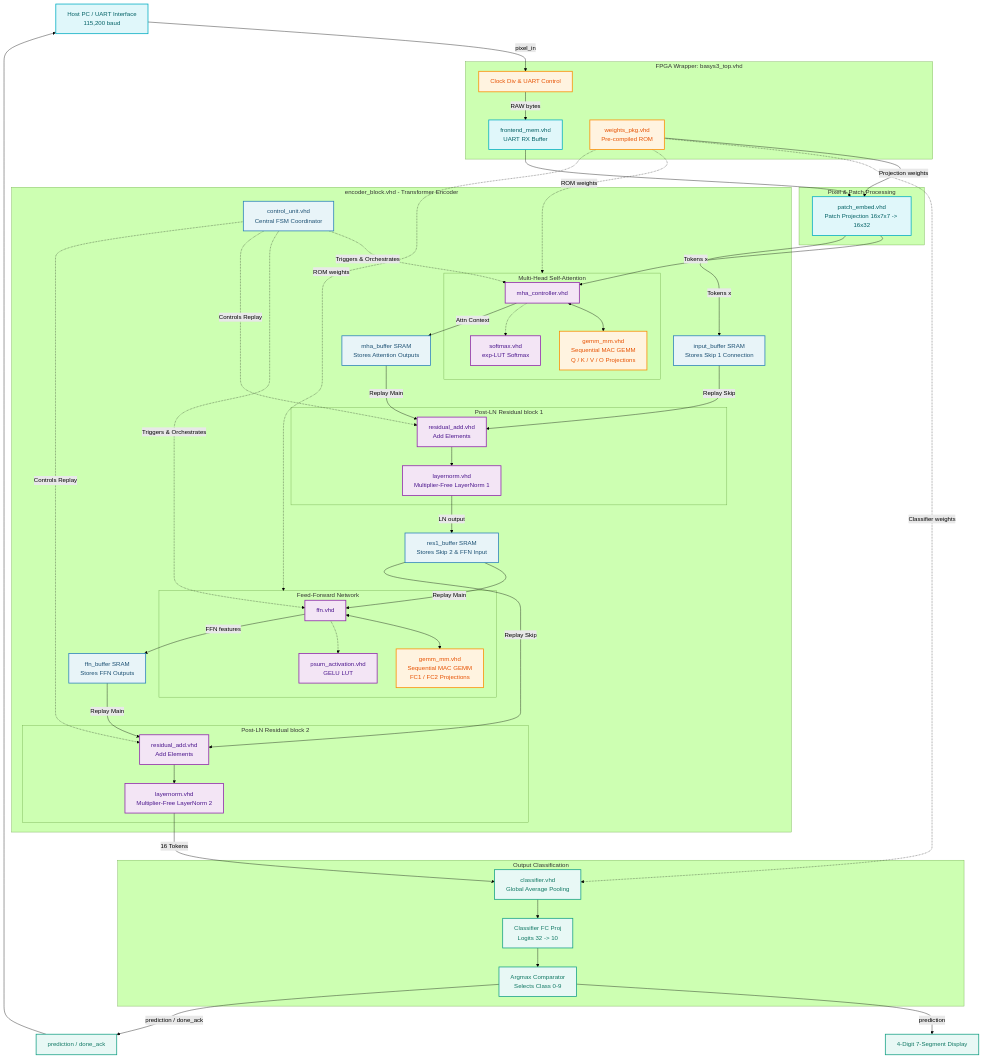
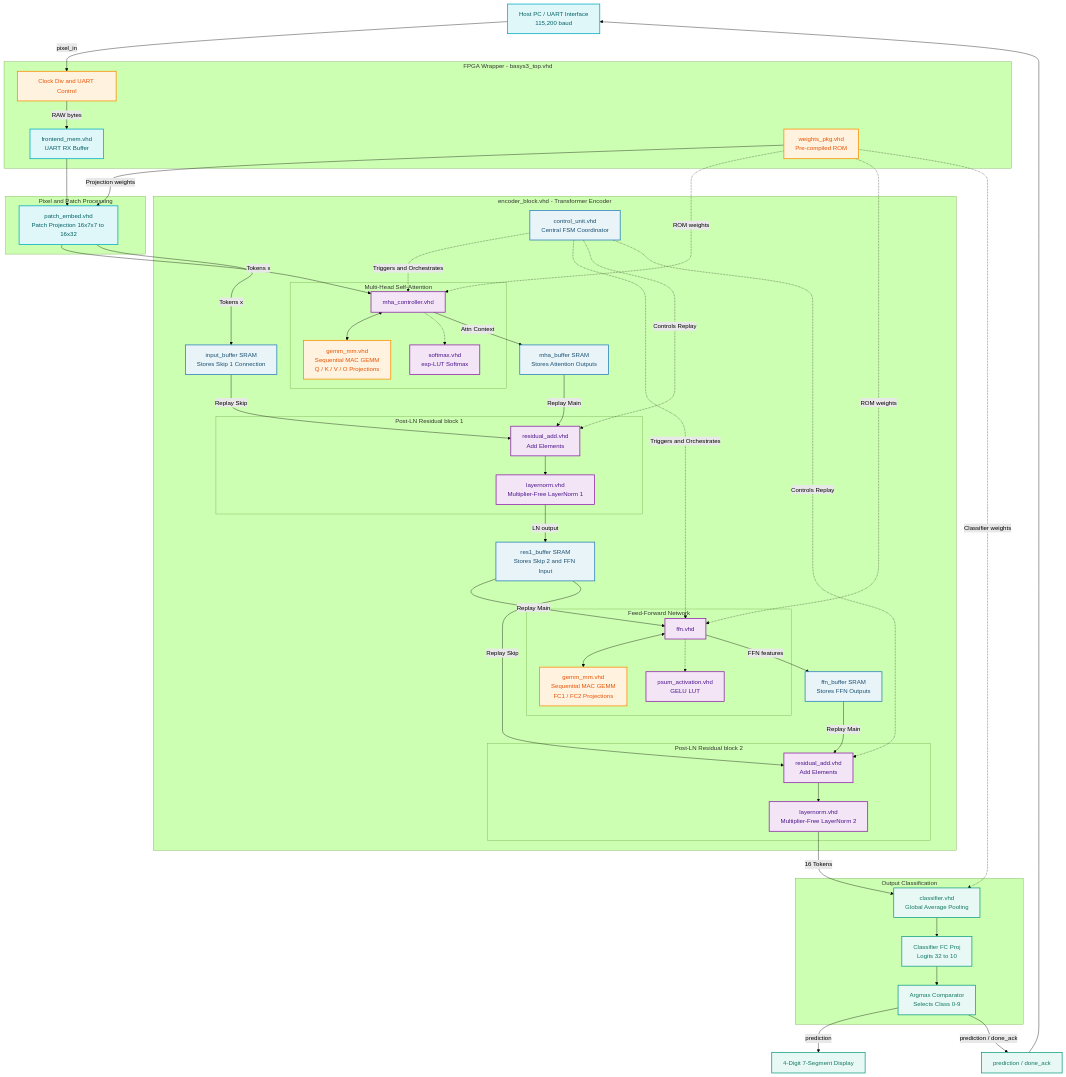
One commit to agentzz1/transformer_poc changed the diagram in README.md. Above: the diagram before and after it, drawn with Mermaid (forest theme).

Commit message:
fix: harden Mermaid diagram for reliable GitHub rendering
Remove constructs that GitHubs Mermaid renderer (especially the click-to-zoom re-render) handles unreliably: ampersands in node/edge labels, a colon in a subgraph title, -> inside labels, and edges pointing at subgraph IDs (now point at nodes). Same diagram, more robust source.

````diff
--- a/README.md
+++ b/README.md
@@ -166,14 +166,14 @@
     Display[4-Digit 7-Segment Display]:::green
     Ack[prediction / done_ack]:::green
 
-    subgraph TopLevel [FPGA Wrapper: basys3_top.vhd]
-        Top[Clock Div & UART Control]:::orange
+    subgraph TopLevel [FPGA Wrapper - basys3_top.vhd]
+        Top[Clock Div and UART Control]:::orange
         FrontMem[frontend_mem.vhd<br>UART RX Buffer]:::cyan
         WeightsROM[weights_pkg.vhd<br>Pre-compiled ROM]:::orange
     end
 
-    subgraph Frontend [Pixel & Patch Processing]
-        Embed[patch_embed.vhd<br>Patch Projection 16x7x7 -> 16x32]:::cyan
+    subgraph Frontend [Pixel and Patch Processing]
+        Embed[patch_embed.vhd<br>Patch Projection 16x7x7 to 16x32]:::cyan
     end
 
     subgraph Encoder [encoder_block.vhd - Transformer Encoder]
@@ -197,7 +197,7 @@
             LN1[layernorm.vhd<br>Multiplier-Free LayerNorm 1]:::purple
         end
         
-        res1_buf[res1_buffer SRAM<br>Stores Skip 2 & FFN Input]:::blue
+        res1_buf[res1_buffer SRAM<br>Stores Skip 2 and FFN Input]:::blue
         
         %% Third Phase: FFN and its buffers
         subgraph FFN_Block [Feed-Forward Network]
@@ -217,7 +217,7 @@
 
     subgraph Backend [Output Classification]
         Classifier[classifier.vhd<br>Global Average Pooling]:::green
-        FC[Classifier FC Proj<br>Logits 32 -> 10]:::green
+        FC[Classifier FC Proj<br>Logits 32 to 10]:::green
         Argmax[Argmax Comparator<br>Selects Class 0-9]:::green
     end
 
@@ -227,8 +227,8 @@
     FrontMem --> Embed
     
     WeightsROM -->|Projection weights| Embed
-    WeightsROM -.->|ROM weights| MHA_Block
-    WeightsROM -.->|ROM weights| FFN_Block
+    WeightsROM -.->|ROM weights| MHA
+    WeightsROM -.->|ROM weights| FFN
     WeightsROM -.->|Classifier weights| Classifier
 
     %% Encoder Routing
@@ -267,8 +267,8 @@
     Ack --> Host
 
     %% Control Lines (conceptual and clean)
-    CU -.->|Triggers & Orchestrates| MHA
-    CU -.->|Triggers & Orchestrates| FFN
+    CU -.->|Triggers and Orchestrates| MHA
+    CU -.->|Triggers and Orchestrates| FFN
     CU -.->|Controls Replay| Res1
     CU -.->|Controls Replay| Res2
 ```
````
